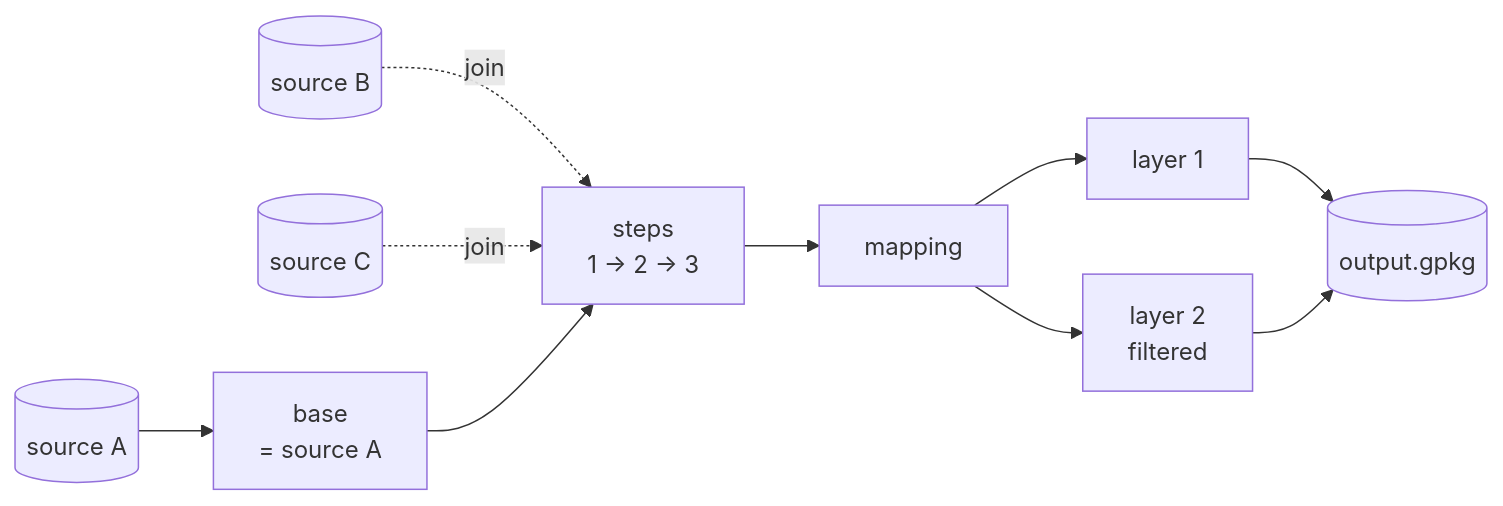
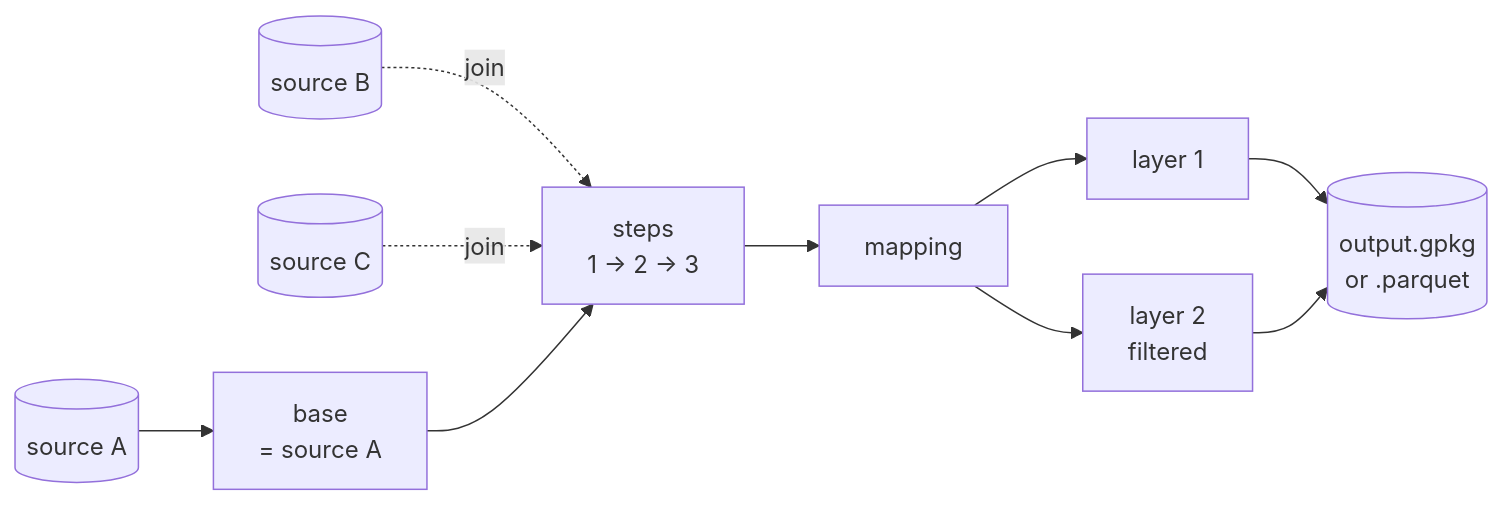
The first of 2 diagrams in docs/concepts.md (henrik716/duck-soup), drawn with Mermaid before and after one commit. The commit also changed other lines of this file and 23 other files, not shown here.

First line of the commit message:
Add GeoParquet output, bump to 0.1.10

````diff
--- a/docs/concepts.md
+++ b/docs/concepts.md
@@ -11,12 +11,12 @@
 ```mermaid
 flowchart LR
     S1[(source A)] --> B
     S2[(source B)] -.join.-> ST
     S3[(source C)] -.join.-> ST
     B[base<br/>= source A] --> ST[steps<br/>1 → 2 → 3]
     ST --> M[mapping]
     M --> L1[layer 1]
     M --> L2[layer 2<br/>filtered]
-    L1 --> G[(output.gpkg)]
+    L1 --> G[(output.gpkg<br/>or .parquet)]
     L2 --> G
 ```
````
